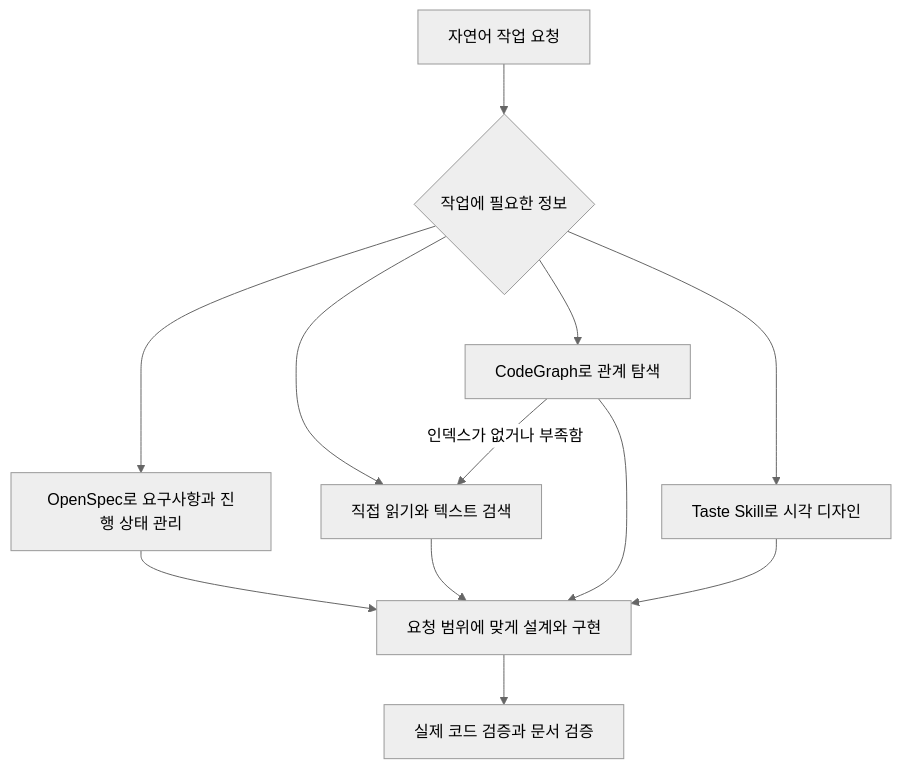
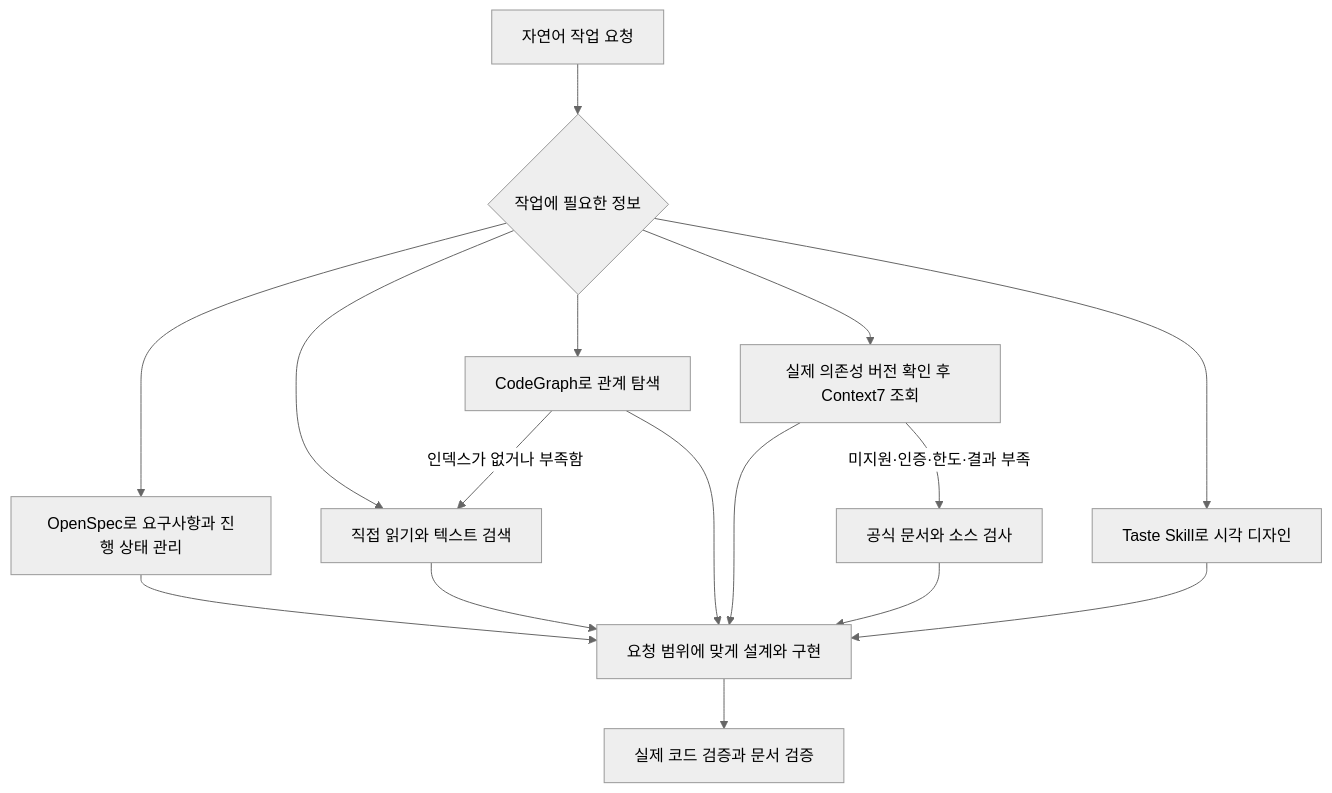
The diagram in docs/development-tools.md (tttaliesin/personal-harness), drawn with Mermaid (neutral theme) before and after one commit. The commit also changed other lines of this file and 11 other files, not shown here.

````diff
--- a/docs/development-tools.md
+++ b/docs/development-tools.md
@@ -22,14 +24,18 @@
 ```mermaid
 flowchart TD
     T[자연어 작업 요청] --> C{작업에 필요한 정보}
     C --> D[직접 읽기와 텍스트 검색]
     C --> G[CodeGraph로 관계 탐색]
     C --> S[OpenSpec로 요구사항과 진행 상태 관리]
+    C --> L[실제 의존성 버전 확인 후 Context7 조회]
     C --> F[Taste Skill로 시각 디자인]
     G -->|인덱스가 없거나 부족함| D
     S --> I[요청 범위에 맞게 설계와 구현]
     D --> I
     G --> I
+    L --> I
+    L -->|미지원·인증·한도·결과 부족| O[공식 문서와 소스 검사]
+    O --> I
     F --> I
     I --> V[실제 코드 검증과 문서 검증]
 ```
````
